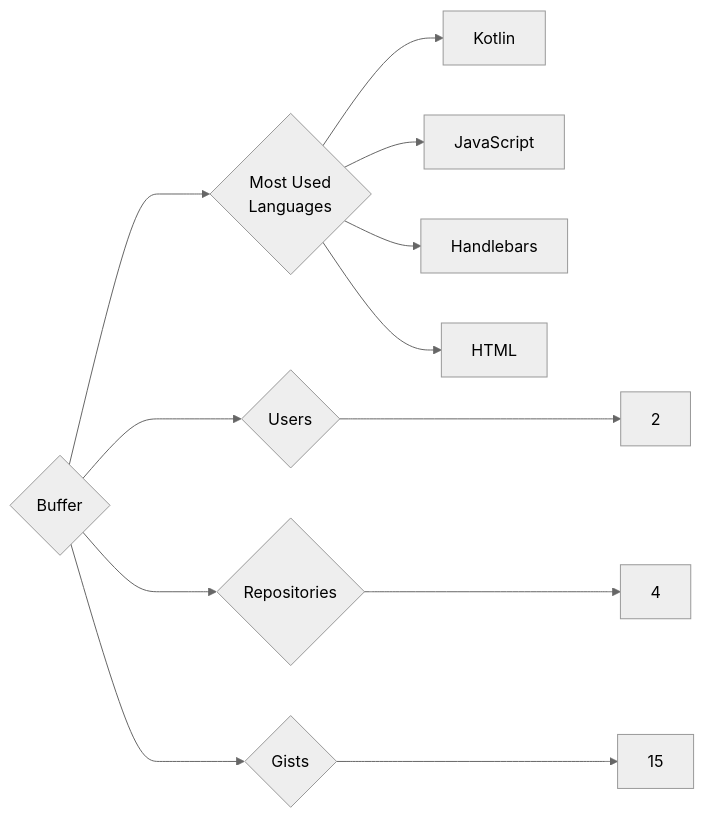
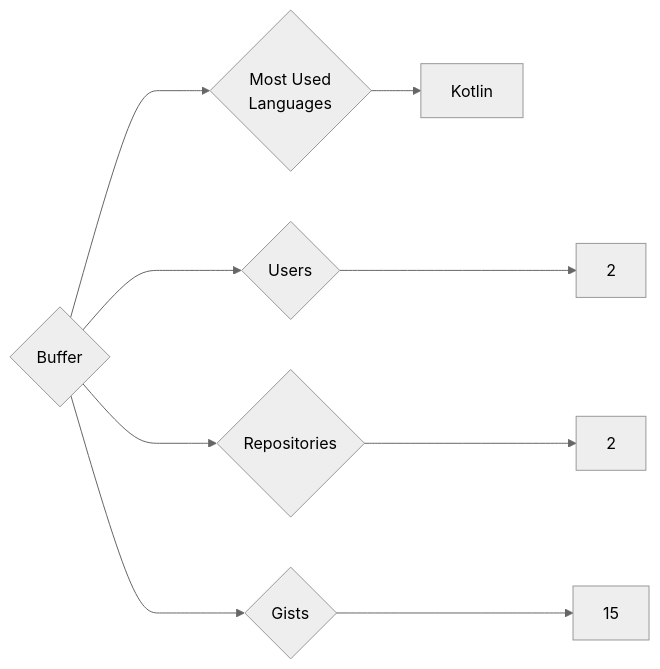
Before and after one commit to trickest/insiders: the diagram in targets/Buffer/README.md, drawn with Mermaid (neutral theme). The commit also changed 559 other files, not shown here.

````diff
--- a/targets/Buffer/README.md
+++ b/targets/Buffer/README.md
@@ -3,12 +3,9 @@
 ```mermaid
 graph LR
 COMPANY_NAME{Buffer}
 COMPANY_NAME ---> U{Users} ---> UN[2]
-COMPANY_NAME ---> R{Repositories} ---> RN[4]
+COMPANY_NAME ---> R{Repositories} ---> RN[2]
 COMPANY_NAME ---> G{Gists} ---> GN[15]
 COMPANY_NAME ---> ML{Most Used<br>Languages}
 ML --> Kotlin[Kotlin]
-ML --> JavaScript[JavaScript]
-ML --> Handlebars[Handlebars]
-ML --> HTML[HTML]
 ```
````
